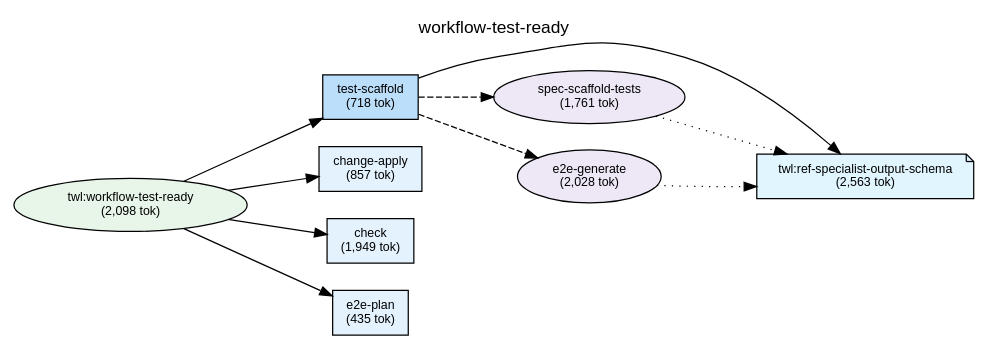
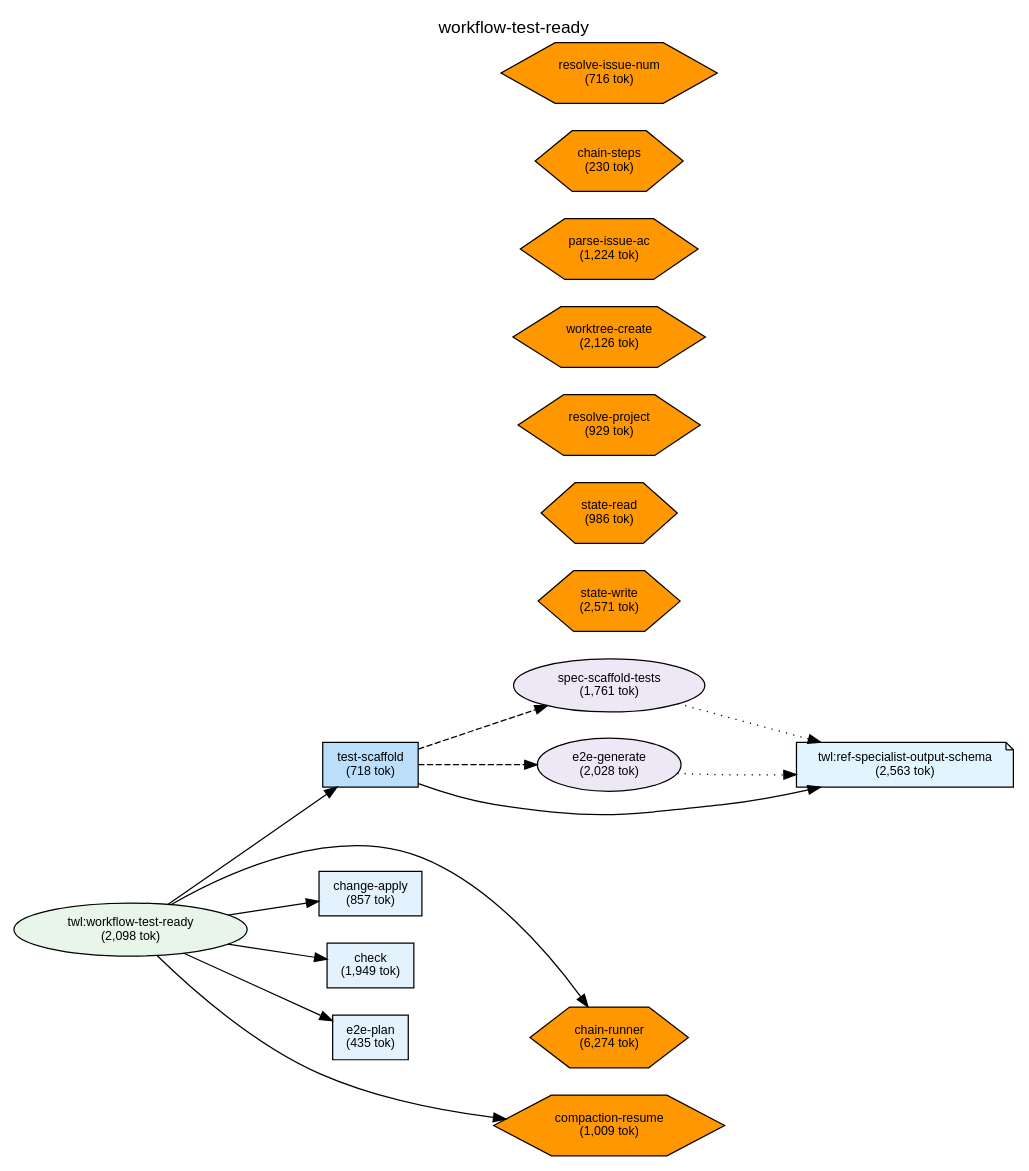
Before and after one commit to shuu5/twill: the diagram in plugins/twl/docs/deps-workflow-test-ready.dot, drawn with Graphviz. The commit also changed 13 other files, not shown here.

First line of the commit message:
fix(twl): script→script エッジ描画 + workflow→script calls 登録

```diff
--- a/plugins/twl/docs/deps-workflow-test-ready.dot
+++ b/plugins/twl/docs/deps-workflow-test-ready.dot
@@ -1,63 +1,83 @@
 digraph Dependencies {
     // Graph settings
     rankdir=LR;
     ranksep=0.8;
     nodesep=0.3;
     fontname="Helvetica";
     node [fontname="Helvetica", fontsize=10];
     edge [fontname="Helvetica", fontsize=9];
     label="workflow-test-ready";
     labelloc=t;
     fontsize=14;
 
     // L0: Controller Skills
 
     // L0: Launchers
 
     // L0.5: Workflow Skills
     skill_workflow_test_ready [label="twl:workflow-test-ready\n(2,098 tok)", shape=ellipse, style=filled, fillcolor="#e8f5e9"];
 
     // Reference Skills
     skill_ref_specialist_output_schema [label="twl:ref-specialist-output-schema\n(2,563 tok)", shape=note, style=filled, fillcolor="#e1f5fe"];
 
     // L1: Direct Commands
     cmd_change_apply [label="change-apply\n(857 tok)", shape=box, style=filled, fillcolor="#e3f2fd"];
     cmd_check [label="check\n(1,949 tok)", shape=box, style=filled, fillcolor="#e3f2fd"];
     cmd_e2e_plan [label="e2e-plan\n(435 tok)", shape=box, style=filled, fillcolor="#e3f2fd"];
     cmd_test_scaffold [label="test-scaffold\n(718 tok)", shape=box, style=filled, fillcolor="#bbdefb"];
 
     // L2: Sub Commands
 
     // L3: Agents
     agent_spec_scaffold_tests [label="spec-scaffold-tests\n(1,761 tok)", shape=ellipse, style=filled, fillcolor="#ede7f6"];
     agent_e2e_generate [label="e2e-generate\n(2,028 tok)", shape=ellipse, style=filled, fillcolor="#ede7f6"];
 
     // L3.5: Scripts
+    script_state_read [label="state-read\n(986 tok)", shape=hexagon, style=filled, fillcolor="#FF9800"];
+    script_state_write [label="state-write\n(2,571 tok)", shape=hexagon, style=filled, fillcolor="#FF9800"];
+    script_resolve_project [label="resolve-project\n(929 tok)", shape=hexagon, style=filled, fillcolor="#FF9800"];
+    script_chain_runner [label="chain-runner\n(6,274 tok)", shape=hexagon, style=filled, fillcolor="#FF9800"];
+    script_worktree_create [label="worktree-create\n(2,126 tok)", shape=hexagon, style=filled, fillcolor="#FF9800"];
+    script_parse_issue_ac [label="parse-issue-ac\n(1,224 tok)", shape=hexagon, style=filled, fillcolor="#FF9800"];
+    script_chain_steps [label="chain-steps\n(230 tok)", shape=hexagon, style=filled, fillcolor="#FF9800"];
+    script_compaction_resume [label="compaction-resume\n(1,009 tok)", shape=hexagon, style=filled, fillcolor="#FF9800"];
+    script_resolve_issue_num [label="resolve-issue-num\n(716 tok)", shape=hexagon, style=filled, fillcolor="#FF9800"];
 
     // L4: External
 
     // Layer constraints
     { rank=same; skill_workflow_test_ready; }
     { rank=same; skill_ref_specialist_output_schema; }
     { rank=same; cmd_change_apply; cmd_check; cmd_e2e_plan; cmd_test_scaffold; }
     { rank=same; agent_spec_scaffold_tests; agent_e2e_generate; }
+    { rank=same; script_state_read; script_state_write; script_resolve_project; script_chain_runner; script_worktree_create; script_parse_issue_ac; script_chain_steps; script_compaction_resume; script_resolve_issue_num; }
 
     // Edges
     skill_workflow_test_ready -> cmd_test_scaffold;
     skill_workflow_test_ready -> cmd_change_apply;
     skill_workflow_test_ready -> cmd_check;
     skill_workflow_test_ready -> cmd_e2e_plan;
+    skill_workflow_test_ready -> script_chain_runner;
+    skill_workflow_test_ready -> script_compaction_resume;
     cmd_test_scaffold -> agent_spec_scaffold_tests [style=dashed];
     cmd_test_scaffold -> agent_e2e_generate [style=dashed];
     cmd_test_scaffold -> skill_ref_specialist_output_schema;
     agent_spec_scaffold_tests -> skill_ref_specialist_output_schema [style=dotted];
     agent_e2e_generate -> skill_ref_specialist_output_schema [style=dotted];
 
     // Ordering constraints (invisible edges)
+    script_chain_runner -> script_compaction_resume [style=invis, weight=10];
     cmd_test_scaffold -> cmd_change_apply [style=invis, weight=10];
     cmd_change_apply -> cmd_check [style=invis, weight=10];
     cmd_check -> cmd_e2e_plan [style=invis, weight=10];
+    cmd_e2e_plan -> script_chain_runner [style=invis, weight=10];
+    script_chain_runner -> script_compaction_resume [style=invis, weight=10];
+    script_chain_runner -> script_compaction_resume [style=invis, weight=10];
+    script_chain_runner -> script_compaction_resume [style=invis, weight=10];
     agent_spec_scaffold_tests -> agent_e2e_generate [style=invis, weight=10];
     agent_e2e_generate -> skill_ref_specialist_output_schema [style=invis, weight=10];
+    script_state_read -> script_state_write [style=invis, weight=10];
+    script_state_read -> script_state_write [style=invis, weight=10];
+    script_state_read -> script_state_write [style=invis, weight=10];
 
 }
```
